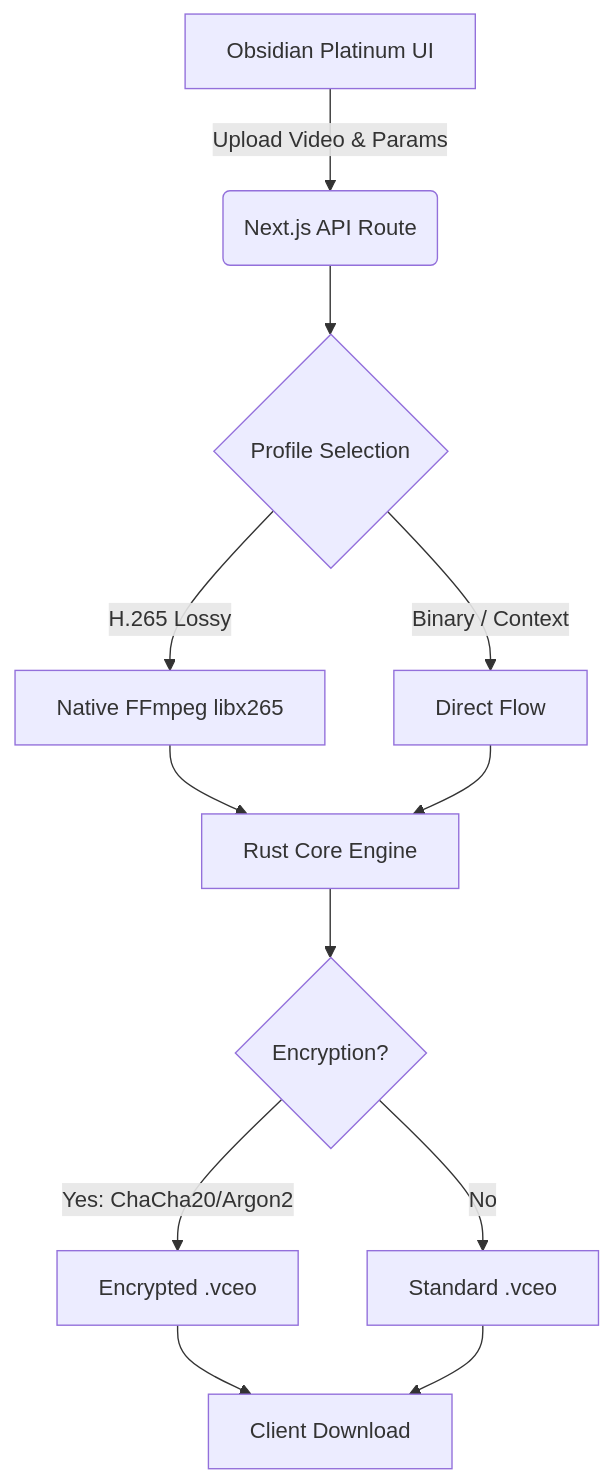
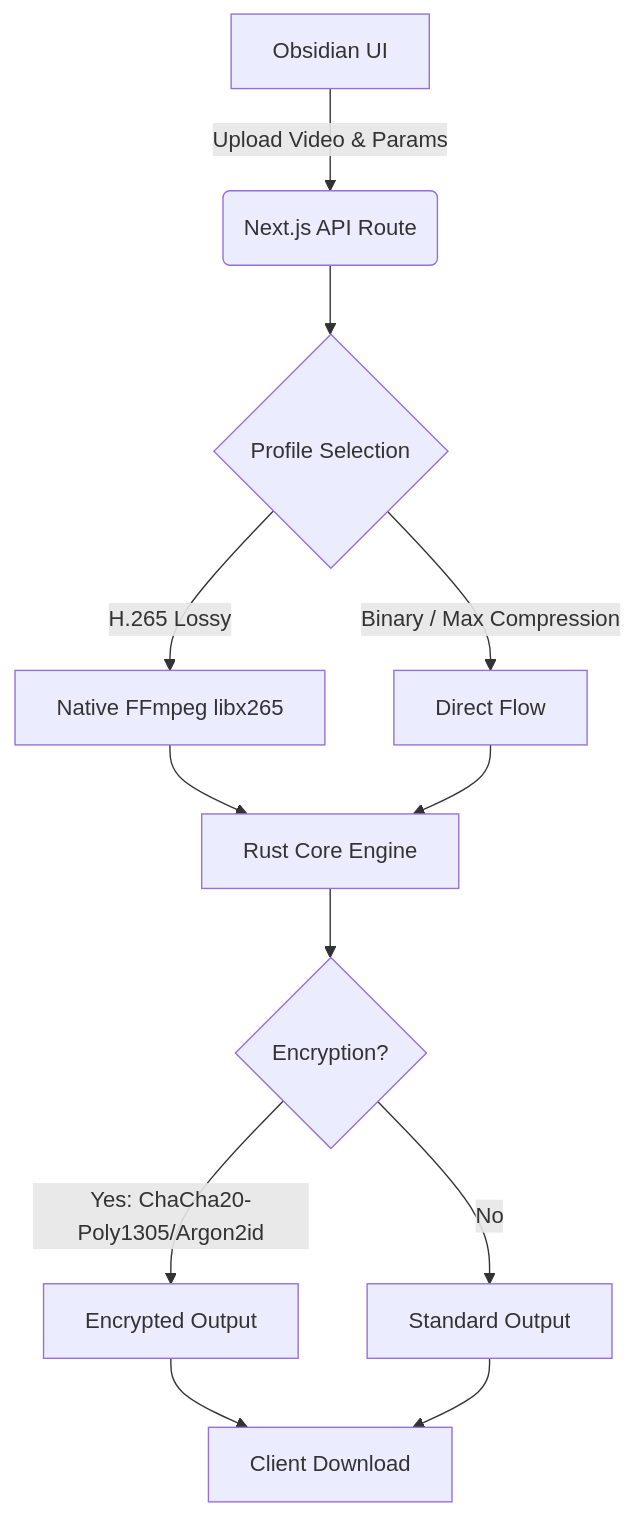
One commit to AshishLekhyani/Video-Codex changed the diagram in README.md. Above: the diagram before and after it, drawn with Mermaid. The commit also changed other lines of this file and 16 other files, not shown here.

````diff
--- a/README.md
+++ b/README.md
@@ -41,14 +41,14 @@
 ```mermaid
 graph TD
-    A[Obsidian Platinum UI] -->|Upload Video & Params| B(Next.js API Route)
+    A[Obsidian UI] -->|Upload Video & Params| B(Next.js API Route)
     B --> C{Profile Selection}
     C -->|H.265 Lossy| D[Native FFmpeg libx265]
-    C -->|Binary / Context| E[Direct Flow]
+    C -->|Binary / Max Compression| E[Direct Flow]
     D --> F[Rust Core Engine]
     E --> F
     F --> G{Encryption?}
-    G -->|Yes: ChaCha20/Argon2| H[Encrypted .vceo]
-    G -->|No| I[Standard .vceo]
+    G -->|Yes: ChaCha20-Poly1305/Argon2id| H[Encrypted Output]
+    G -->|No| I[Standard Output]
     H --> J[Client Download]
     I --> J
 ```
````
